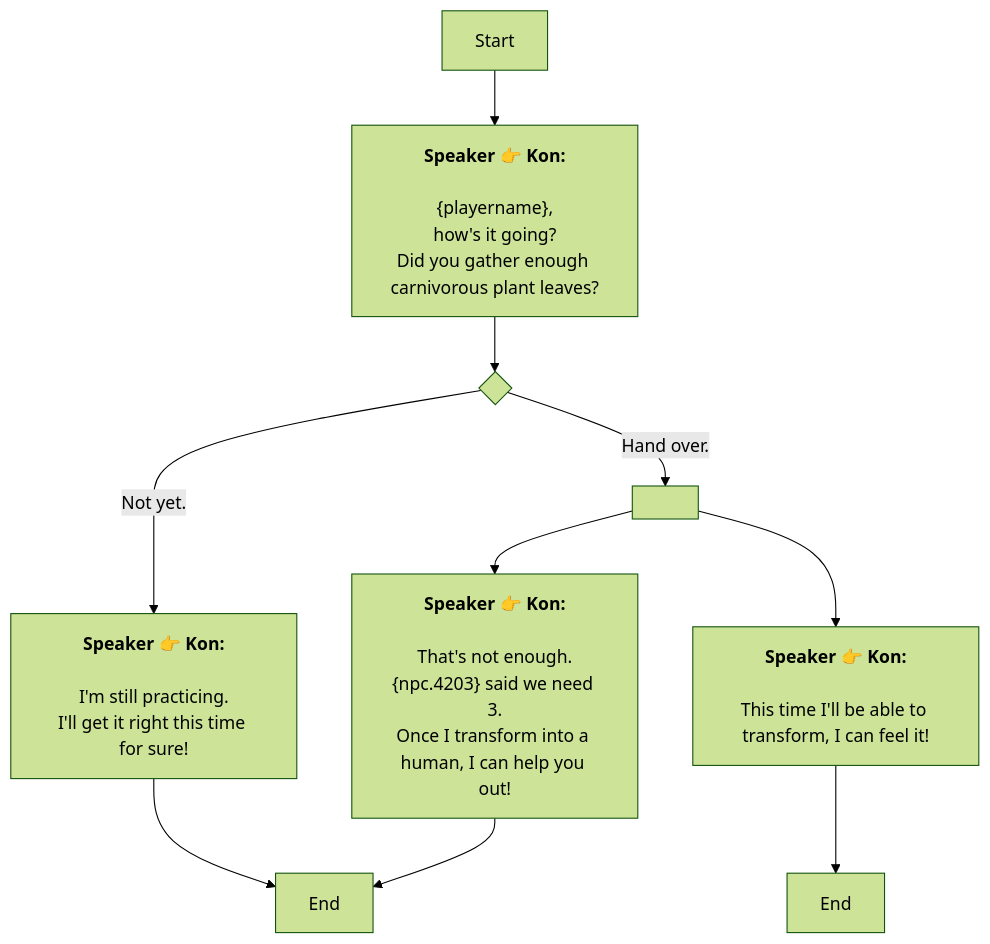
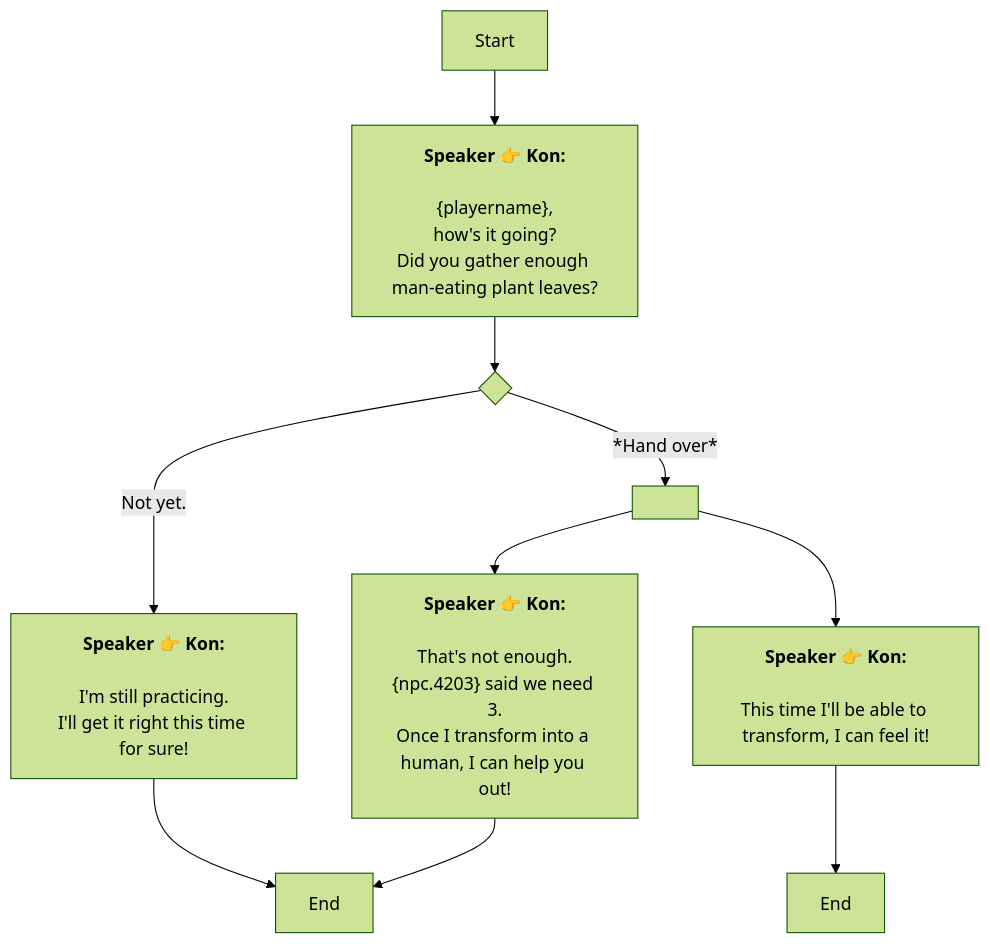
The diagram in En/QuestTalkObjectiveNode_1738540454527154.md (SoftHu/tos_avg), drawn with Mermaid (forest theme) before and after one commit. The commit also changed 312 other files, not shown here.

````diff
--- a/En/QuestTalkObjectiveNode_1738540454527154.md
+++ b/En/QuestTalkObjectiveNode_1738540454527154.md
@@ -1,26 +1,26 @@
 ```mermaid
 graph
 Start -->1738540623759549[<b>Speaker 👉 Kon:</b>
 
 &lbrace;playername&rbrace;,
 how's it going?
-Did you gather enough carnivorous plant leaves?]
+Did you gather enough man-eating plant leaves?]
 1738540623759549 -->1738540722460865{ }
 1738540722460865 -->|Not yet.|1738541281747142[<b>Speaker 👉 Kon:</b>
 
 I'm still practicing.
 I'll get it right this time for sure!]
-1738540722460865 -->|Hand over.|1738552948907153[ ]
+1738540722460865 -->|*Hand over*|1738552948907153[ ]
 1738541281747142 -->1738541321536711[End]
 1738552948907153 -->1738540706198720[<b>Speaker 👉 Kon:</b>
 
 This time I'll be able to transform, I can feel it!]
 1738552948907153 -->1738540704310463[<b>Speaker 👉 Kon:</b>
 
 That's not enough.
 &lbrace;npc.4203&rbrace; said we need 3.
 Once I transform into a human, I can help you out!]
 1738540706198720 -->1738541365653704[End]
 1738540704310463 -->1738541321536711[End]
 
  ```
````
